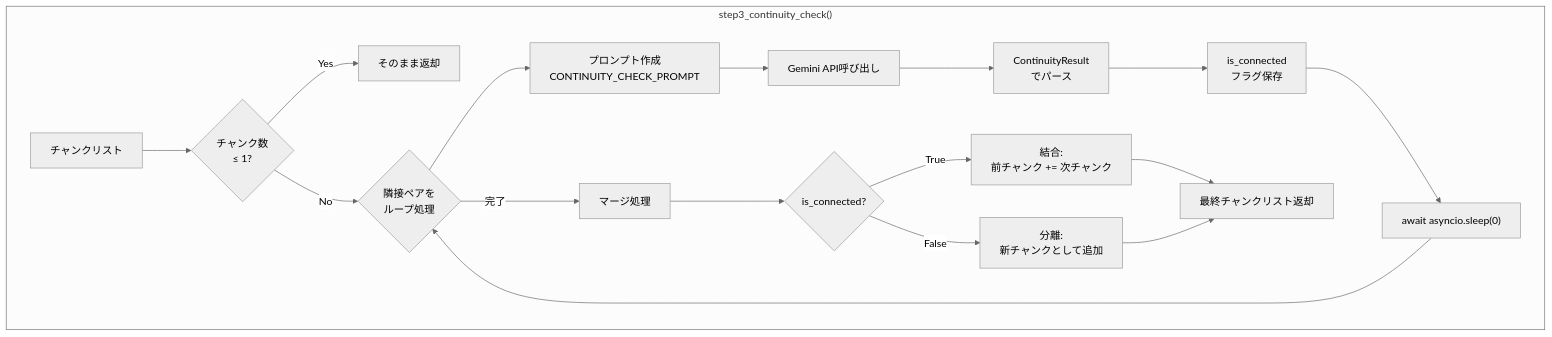
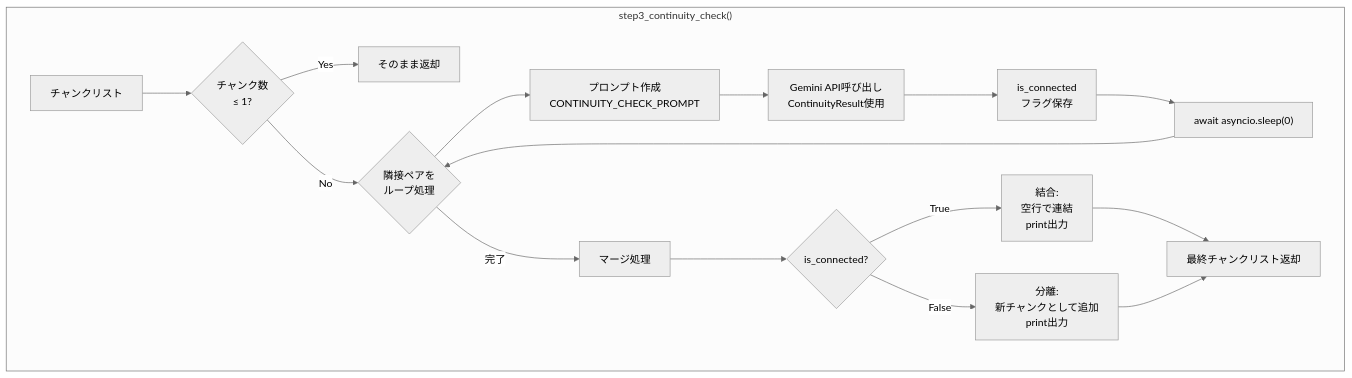
Before and after one commit to nakashima2toshio/gemini_grace_agent: the fifth of 8 diagrams in chunking/doc/check_async.md, drawn with Mermaid (neutral theme). The commit also changed other lines of this file and 10 other files, not shown here.

````diff
--- a/chunking/doc/check_async.md
+++ b/chunking/doc/check_async.md
@@ -484,20 +610,19 @@
 ```mermaid
 flowchart TD
     subgraph Step3["step3_continuity_check()"]
         A["チャンクリスト"] --> B{"チャンク数<br/>≤ 1?"}
         B -->|Yes| C["そのまま返却"]
         B -->|No| D{"隣接ペアを<br/>ループ処理"}
         D --> E["プロンプト作成<br/>CONTINUITY_CHECK_PROMPT"]
-        E --> F["Gemini API呼び出し"]
-        F --> G["ContinuityResult<br/>でパース"]
-        G --> H["is_connected<br/>フラグ保存"]
-        H --> I["await asyncio.sleep(0)"]
-        I --> D
+        E --> F["Gemini API呼び出し<br/>ContinuityResult使用"]
+        F --> G["is_connected<br/>フラグ保存"]
+        G --> H["await asyncio.sleep(0)"]
+        H --> D
         D -->|完了| J["マージ処理"]
         J --> K{"is_connected?"}
-        K -->|True| L["結合:<br/>前チャンク += 次チャンク"]
-        K -->|False| M["分離:<br/>新チャンクとして追加"]
+        K -->|True| L["結合:<br/>空行で連結<br/>print出力"]
+        K -->|False| M["分離:<br/>新チャンクとして追加<br/>print出力"]
         L --> N["最終チャンクリスト返却"]
         M --> N
     end
 ```
````
